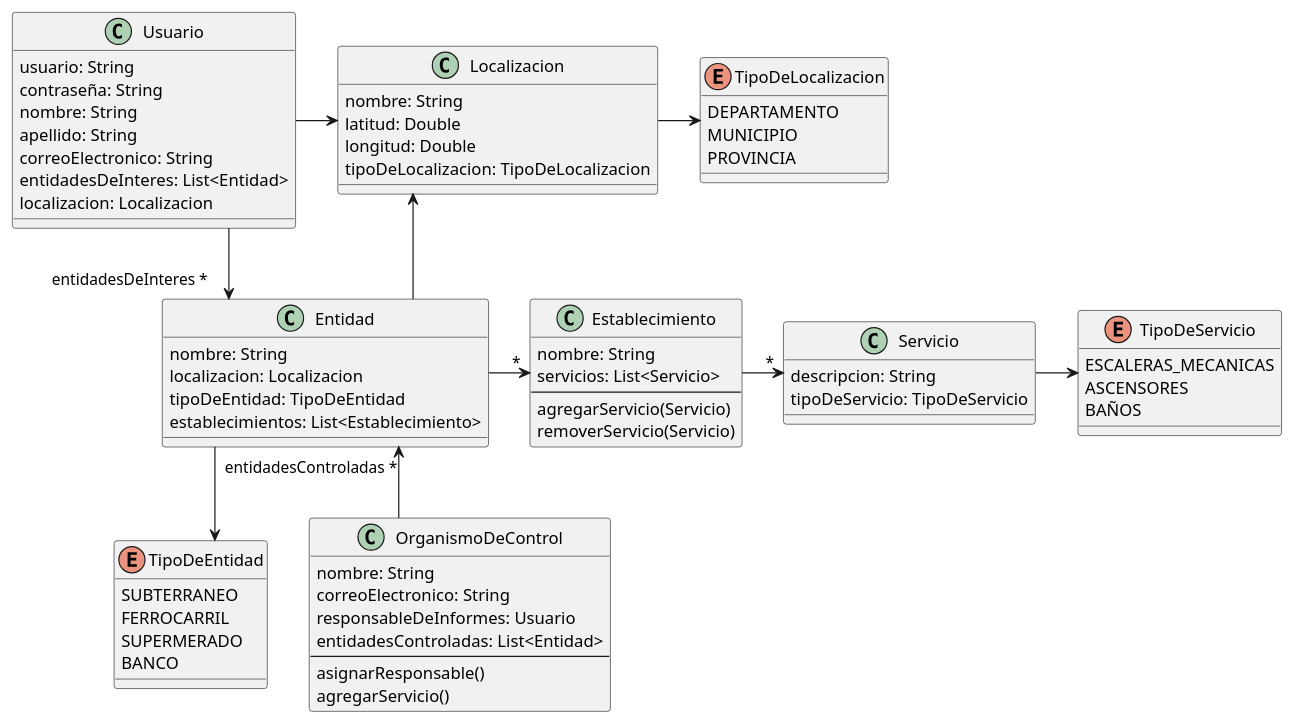
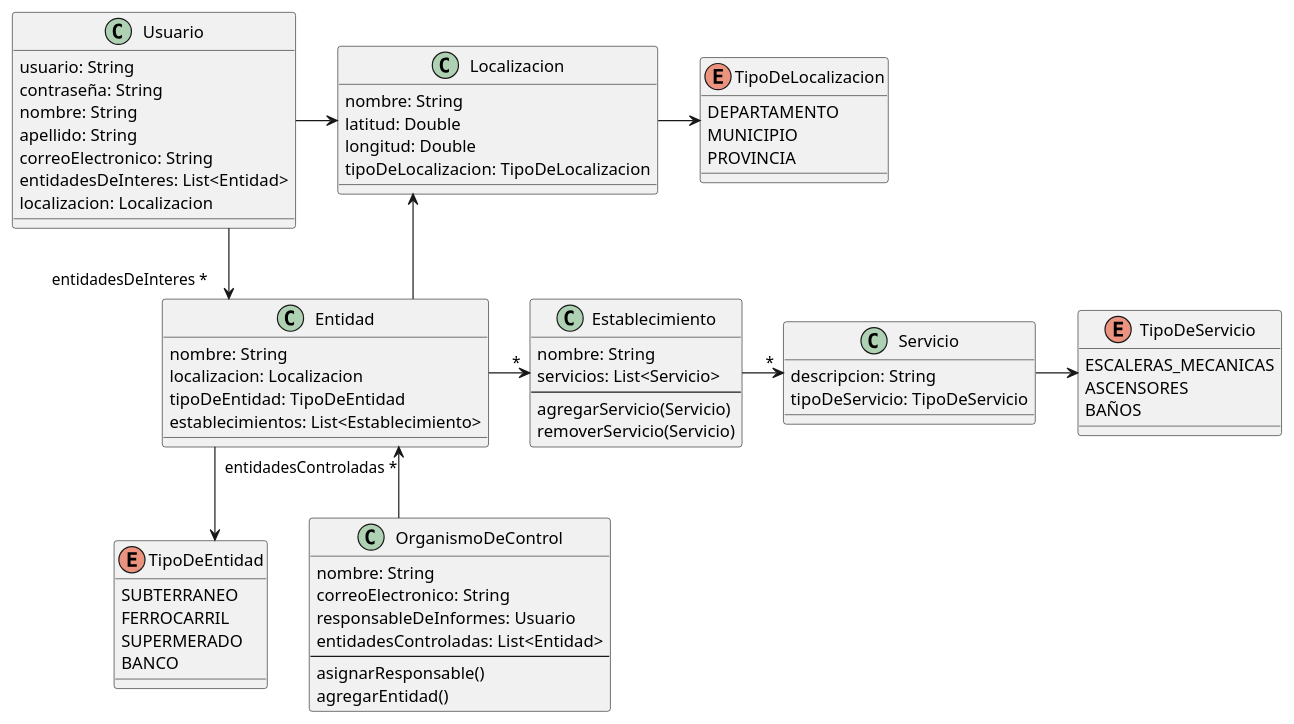
Before and after one commit to ValenAquino/tp-dds-2023: the diagram in docs/entrega-2/clases.puml, drawn with PlantUML. The commit also changed 1 other file, not shown here.

Commit message:
chore(clases): actualizar png de diagrama y corregir nombre de metodo

```diff
--- a/docs/entrega-2/clases.puml
+++ b/docs/entrega-2/clases.puml
@@ -1,101 +1,101 @@
 @startuml TPA2-Clases
 skinparam linetype ortho
 
 ' Supermercado, Centro Comunal, Banco, ...
 class Entidad {
   nombre: String
   localizacion: Localizacion
   tipoDeEntidad: TipoDeEntidad
   establecimientos: List<Establecimiento>
 }
 
 ' Sucursal, Estacion, ...
 class Establecimiento {
   nombre: String
   servicios: List<Servicio>
   --
   agregarServicio(Servicio)
   removerServicio(Servicio)
 }
 
 class Servicio {
   descripcion: String
   tipoDeServicio: TipoDeServicio
 }
 
 enum TipoDeServicio {
   ESCALERAS_MECANICAS
   ASCENSORES
   BAÑOS
 }
 
 enum TipoDeEntidad {
   SUBTERRANEO
   FERROCARRIL
   SUPERMERADO
   BANCO
 }
 
 class Usuario {
   usuario: String
   contraseña: String
   nombre: String
   apellido: String
   correoElectronico: String
   entidadesDeInteres: List<Entidad>
   localizacion: Localizacion
   ' membresias: List<Membresia>
 }
 
 class Localizacion {
   nombre: String
   latitud: Double
   longitud: Double
   tipoDeLocalizacion: TipoDeLocalizacion
 }
 
 enum TipoDeLocalizacion {
   DEPARTAMENTO
   MUNICIPIO
   PROVINCIA
 }
 
 class OrganismoDeControl {
   nombre: String
   correoElectronico: String
   responsableDeInformes: Usuario
   entidadesControladas: List<Entidad>
   --
   asignarResponsable()
-  agregarServicio()
+  agregarEntidad()
 }
 
 Entidad ->"*" Establecimiento
 Entidad --> TipoDeEntidad
 Establecimiento ->"*" Servicio
 Servicio -> TipoDeServicio
 Usuario -->"entidadesDeInteres *" Entidad
 Usuario -> Localizacion
 Localizacion <- Entidad
 Localizacion -> TipoDeLocalizacion
 Entidad "entidadesControladas *"<-- OrganismoDeControl
 
 /'
 
 class Comunidad {
   --
   crearServicio()
 }
 
 class Membresia {
   comunidad: Comunidad
   esAdministrador: Boolean
 }
 
 Comunidad ..> Servicio
 Usuario --> Membresia
 Comunidad <- Membresia
 
 '/
 
 @enduml
```
